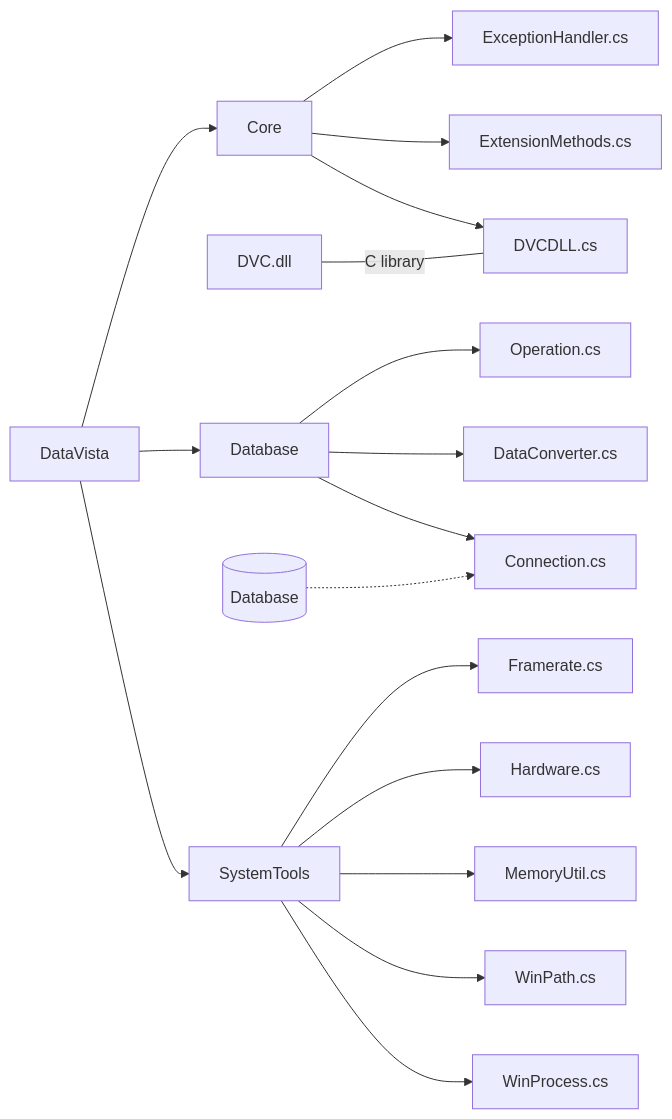
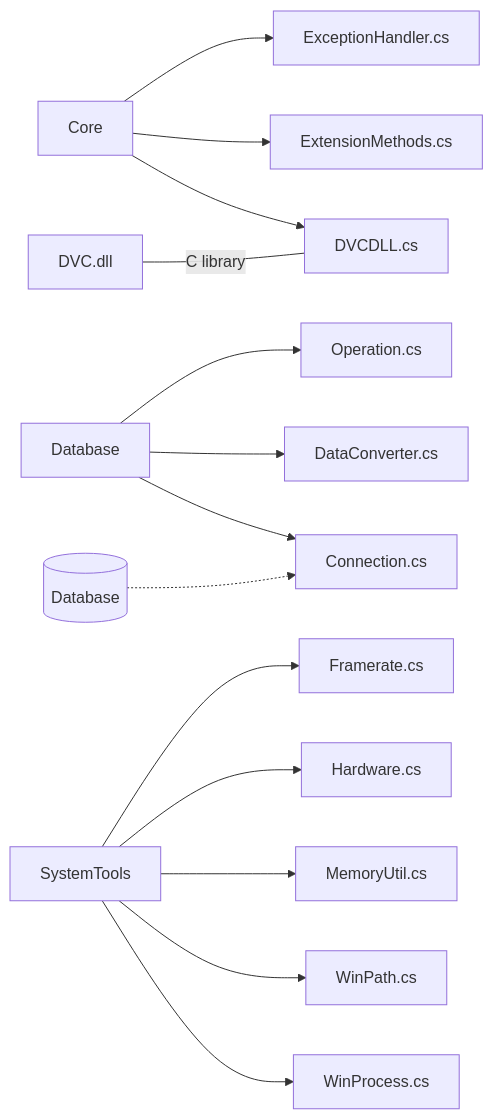
Before and after one commit to grimy86/DataVista: the diagram in README.md, drawn with Mermaid.

````diff
--- a/README.md
+++ b/README.md
@@ -49,25 +49,20 @@
 ```mermaid
 graph LR;
-
-	DataVista --> Core
-	DataVista --> Database
-	DataVista --> SystemTools
-	
 	Core --> ExceptionHandler.cs
 	Core --> ExtensionMethods.cs
 	Core --> DVCDLL.cs
 	
 	DVC.dll --C library--- DVCDLL.cs
 	
 	Database --> Operation.cs
 	Database --> DataConverter.cs
 	Database --> Connection.cs
 
 	SQL[(Database)] -.-> Connection.cs	
 
 	SystemTools --> Framerate.cs
 	SystemTools --> Hardware.cs
 	SystemTools --> MemoryUtil.cs
 	SystemTools --> WinPath.cs
 	SystemTools --> WinProcess.cs
 ```
````
